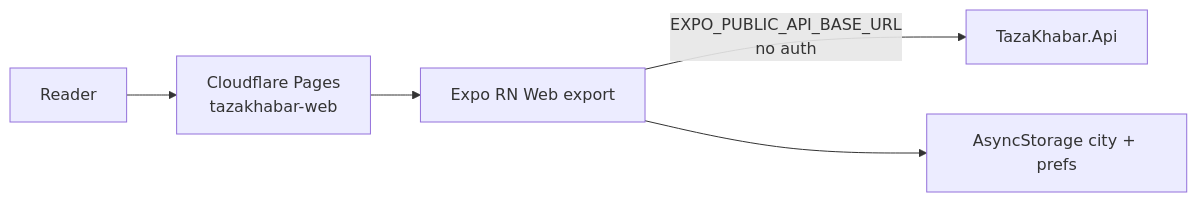
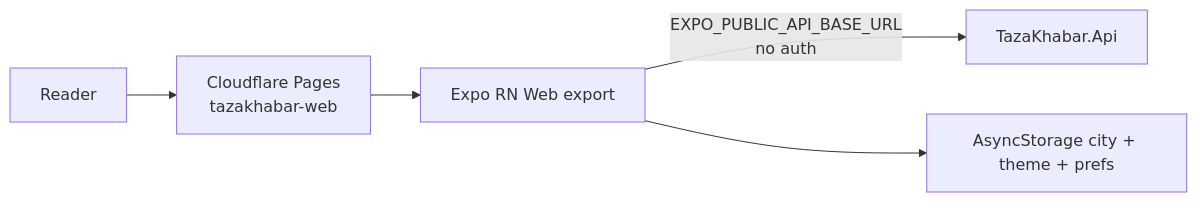
One commit to sshivanshg/TAZAkhabar changed the first of 2 diagrams in docs/architecture/06-reader-app.md. Above: the diagram before and after it, drawn with Mermaid. The commit also changed other lines of this file and 62 other files, not shown here.

````diff
--- a/docs/architecture/06-reader-app.md
+++ b/docs/architecture/06-reader-app.md
@@ -32,7 +32,7 @@
 ```mermaid
 flowchart LR
   User[Reader] --> Pages[Cloudflare Pages<br/>tazakhabar-web]
   Pages --> Expo[Expo RN Web export]
   Expo -->|EXPO_PUBLIC_API_BASE_URL<br/>no auth| API[TazaKhabar.Api]
-  Expo --> Storage[AsyncStorage city + prefs]
+  Expo --> Storage[AsyncStorage city + theme + prefs]
 ```
````
